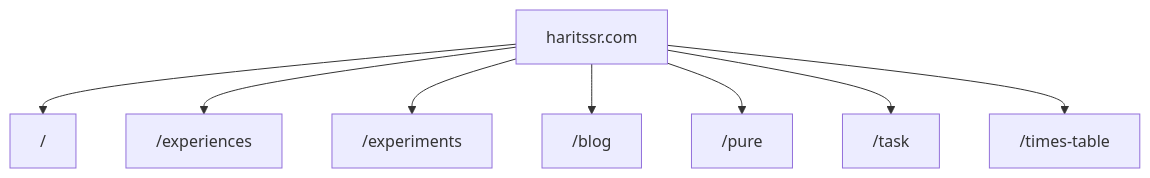
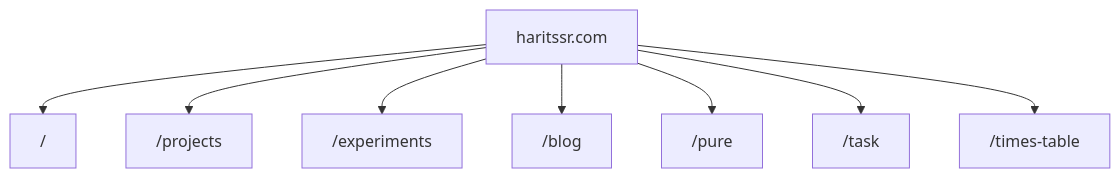
The diagram in README.md (haritssr/haritssr), drawn with Mermaid before and after one commit. The commit also changed other lines of this file and 7 other files, not shown here.

Commit message:
refactor(projects): /experiences to /projects

````diff
--- a/README.md
+++ b/README.md
@@ -14,12 +14,12 @@
 ```mermaid
 %%{init: {'flowchart': {'curve': 'basis'}} }%%
 graph TD
   haritssr["haritssr.com"]
   haritssr --> home["/"]
-  haritssr --> experiences["/experiences"]
+  haritssr --> projects["/projects"]
   haritssr --> experiments["/experiments"]
   haritssr --> blog["/blog"]
   haritssr --> pure["/pure"]
   haritssr --> task["/task"]
   haritssr --> timestable["/times-table"]
 ```
````
